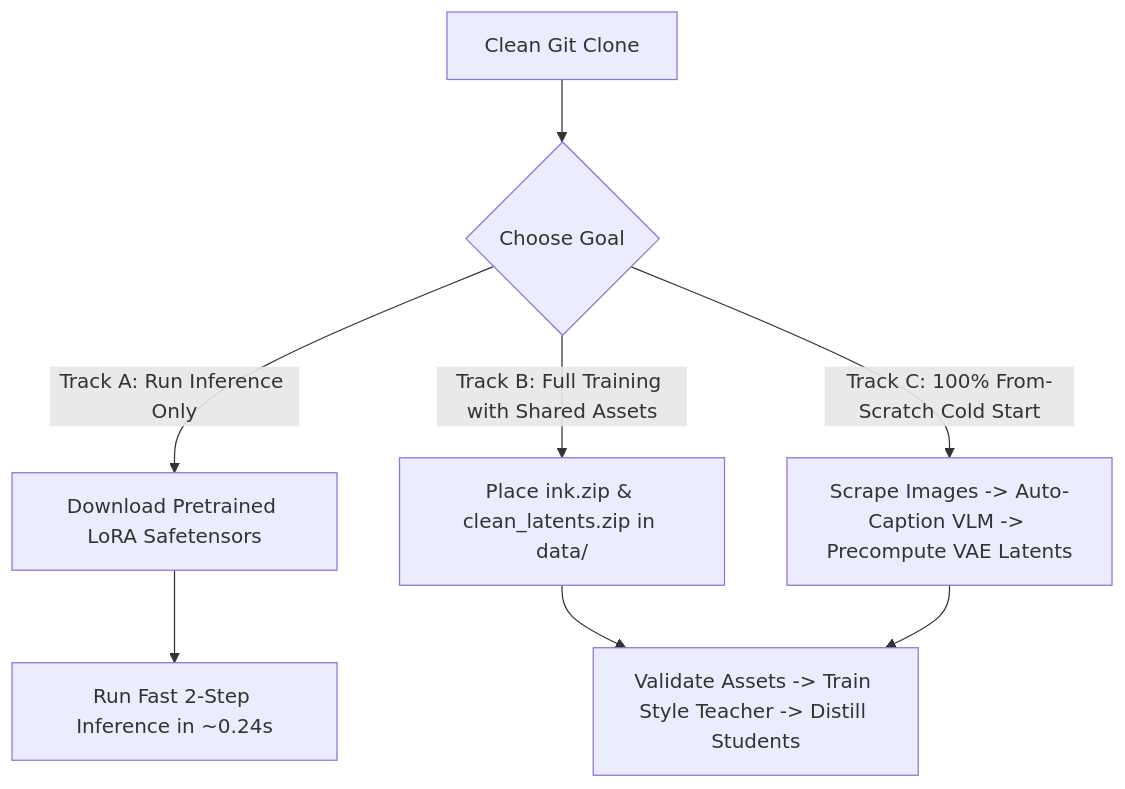
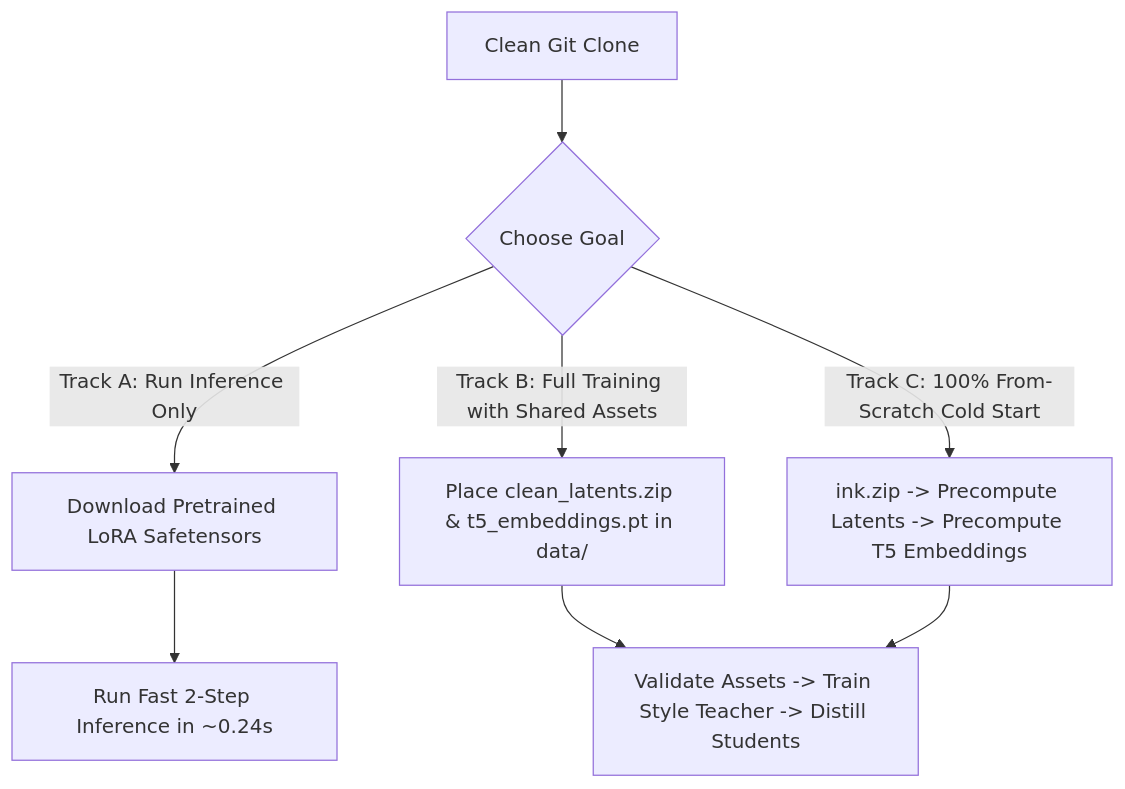
One commit to jackyckp/efficient-pixart-sigma-lora changed the diagram in INSTRUCTIONS.md. Above: the diagram before and after it, drawn with Mermaid. The commit also changed other lines of this file and 6 other files, not shown here.

````diff
--- a/INSTRUCTIONS.md
+++ b/INSTRUCTIONS.md
@@ -72,10 +78,10 @@
 ```mermaid
 flowchart TD
     A[Clean Git Clone] --> B{Choose Goal}
     B -->|Track A: Run Inference Only| C[Download Pretrained LoRA Safetensors]
     C --> D[Run Fast 2-Step Inference in ~0.24s]
-    B -->|Track B: Full Training with Shared Assets| E[Place ink.zip & clean_latents.zip in data/]
+    B -->|Track B: Full Training with Shared Assets| E[Place clean_latents.zip & t5_embeddings.pt in data/]
     E --> F[Validate Assets -> Train Style Teacher -> Distill Students]
-    B -->|Track C: 100% From-Scratch Cold Start| G[Scrape Images -> Auto-Caption VLM -> Precompute VAE Latents]
+    B -->|Track C: 100% From-Scratch Cold Start| G[ink.zip -> Precompute Latents -> Precompute T5 Embeddings]
     G --> F
 ```
````
